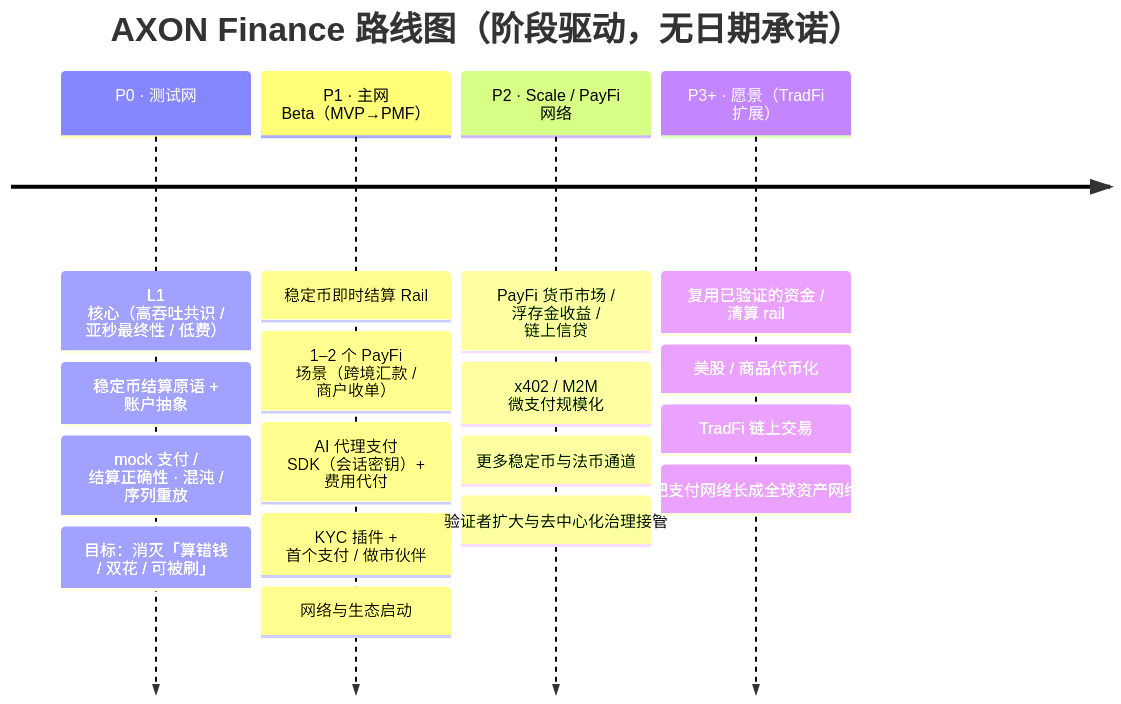
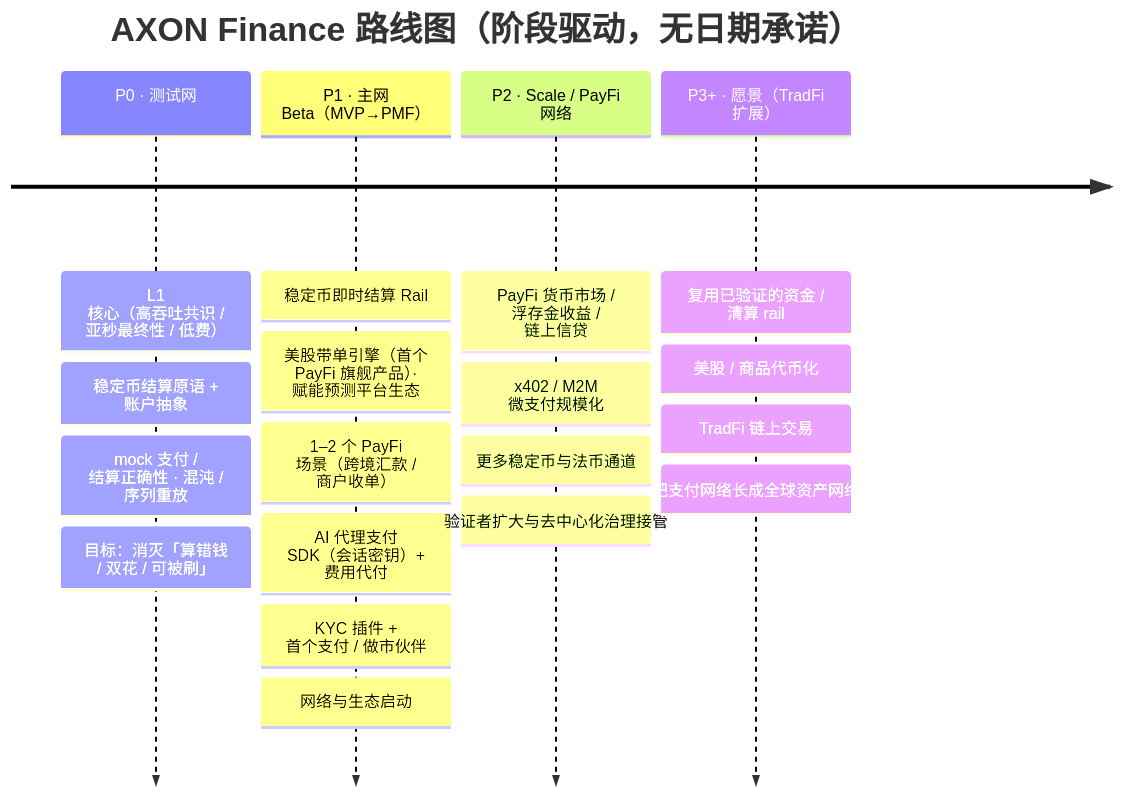
One commit to AIVIVEHQ/axon-whitepaper changed the diagram in part6-roadmap/6-1-roadmap.md. Above: the diagram before and after it, drawn with Mermaid. The commit also changed other lines of this file and 14 other files, not shown here.

````diff
--- a/part6-roadmap/6-1-roadmap.md
+++ b/part6-roadmap/6-1-roadmap.md
@@ -12,8 +12,8 @@
 ```mermaid
 timeline
     title AXON Finance 路线图（阶段驱动，无日期承诺）
     P0 · 测试网 : L1 核心（高吞吐共识 / 亚秒最终性 / 低费） : 稳定币结算原语 + 账户抽象 : mock 支付 / 结算正确性 · 混沌 / 序列重放 : 目标：消灭「算错钱 / 双花 / 可被刷」
-    P1 · 主网 Beta（MVP→PMF） : 稳定币即时结算 Rail : 1–2 个 PayFi 场景（跨境汇款 / 商户收单） : AI 代理支付 SDK（会话密钥）+ 费用代付 : KYC 插件 + 首个支付 / 做市伙伴 : 网络与生态启动
+    P1 · 主网 Beta（MVP→PMF） : 稳定币即时结算 Rail : 美股带单引擎（首个 PayFi 旗舰产品）· 赋能预测平台生态 : 1–2 个 PayFi 场景（跨境汇款 / 商户收单） : AI 代理支付 SDK（会话密钥）+ 费用代付 : KYC 插件 + 首个支付 / 做市伙伴 : 网络与生态启动
     P2 · Scale / PayFi 网络 : PayFi 货币市场 / 浮存金收益 / 链上信贷 : x402 / M2M 微支付规模化 : 更多稳定币与法币通道 : 验证者扩大与去中心化治理接管
     P3+ · 愿景（TradFi 扩展） : 复用已验证的资金 / 清算 rail : 美股 / 商品代币化 : TradFi 链上交易 : 把支付网络长成全球资产网络
 ```
````
